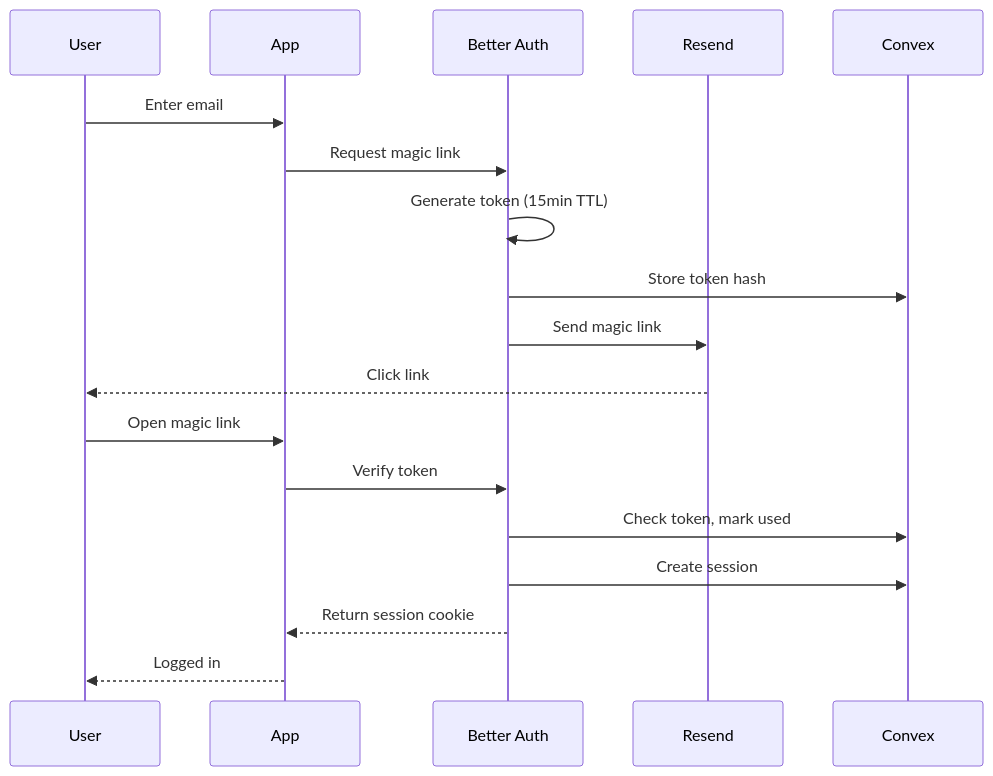
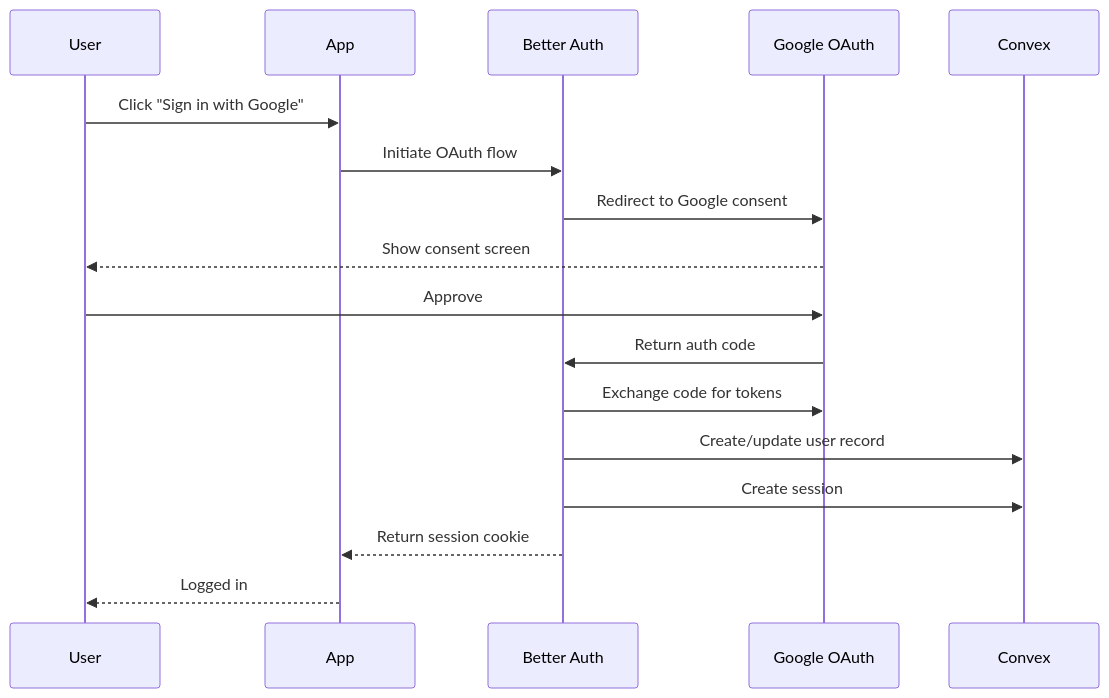
One commit to UnderprotectionDev/salon-management-saas changed the second of 3 diagrams in docs/prd/04-technical/security.md. Above: the diagram before and after it, drawn with Mermaid. The commit also changed other lines of this file and 57 other files, not shown here.

````diff
--- a/docs/prd/04-technical/security.md
+++ b/docs/prd/04-technical/security.md
@@ -107,21 +91,20 @@
 ```mermaid
 sequenceDiagram
     participant User
     participant App
     participant Auth as Better Auth
-    participant Email as Resend
+    participant Google as Google OAuth
     participant DB as Convex
 
-    User->>App: Enter email
-    App->>Auth: Request magic link
-    Auth->>Auth: Generate token (15min TTL)
-    Auth->>DB: Store token hash
-    Auth->>Email: Send magic link
-    Email-->>User: Click link
-    User->>App: Open magic link
-    App->>Auth: Verify token
-    Auth->>DB: Check token, mark used
+    User->>App: Click "Sign in with Google"
+    App->>Auth: Initiate OAuth flow
+    Auth->>Google: Redirect to Google consent
+    Google-->>User: Show consent screen
+    User->>Google: Approve
+    Google->>Auth: Return auth code
+    Auth->>Google: Exchange code for tokens
+    Auth->>DB: Create/update user record
     Auth->>DB: Create session
     Auth-->>App: Return session cookie
     App-->>User: Logged in
 ```
````
